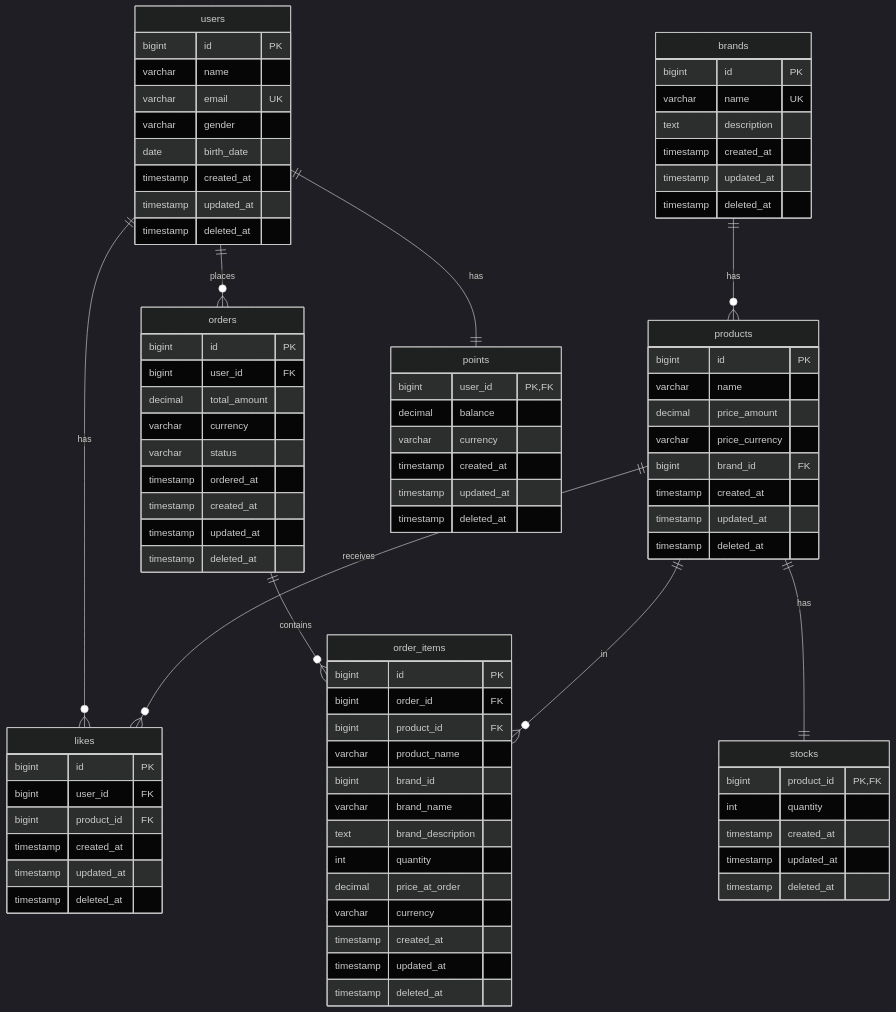
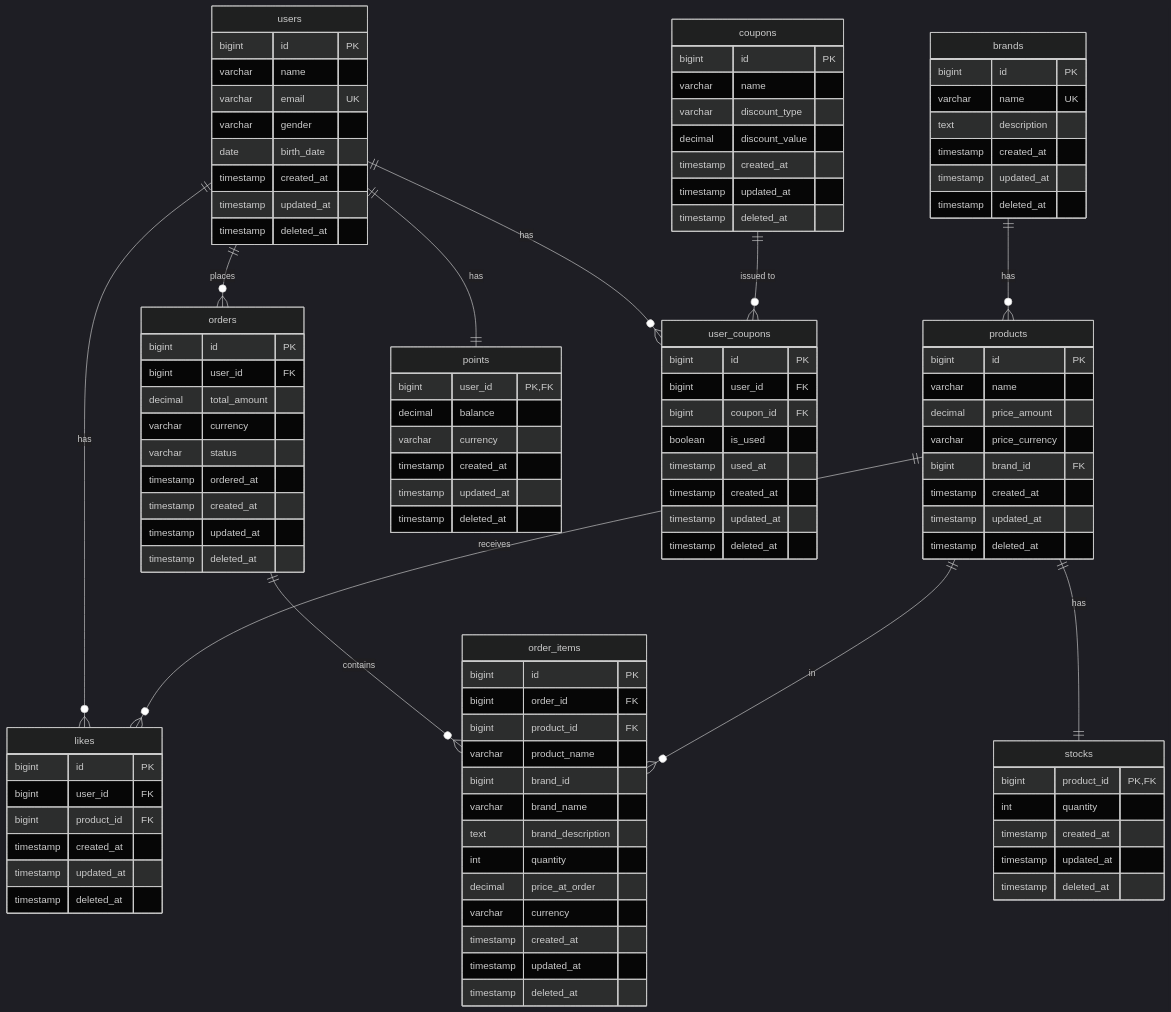
One commit to ghojeong/loopers-spring-kotlin-template changed the diagram in .docs/round2/4-erd.md. Above: the diagram before and after it, drawn with Mermaid (dark theme). The commit also changed other lines of this file and 4 other files, not shown here.

````diff
--- a/.docs/round2/4-erd.md
+++ b/.docs/round2/4-erd.md
@@ -114,6 +114,27 @@
         timestamp deleted_at
     }
 
+    coupons {
+        bigint id PK
+        varchar name
+        varchar discount_type
+        decimal discount_value
+        timestamp created_at
+        timestamp updated_at
+        timestamp deleted_at
+    }
+
+    user_coupons {
+        bigint id PK
+        bigint user_id FK
+        bigint coupon_id FK
+        boolean is_used
+        timestamp used_at
+        timestamp created_at
+        timestamp updated_at
+        timestamp deleted_at
+    }
+
     users ||--o{ likes : "has"
     products ||--o{ likes : "receives"
     brands ||--o{ products : "has"
@@ -122,4 +143,6 @@
     orders ||--o{ order_items : "contains"
     products ||--o{ order_items : "in"
     users ||--|| points : "has"
+    users ||--o{ user_coupons : "has"
+    coupons ||--o{ user_coupons : "issued to"
 ```
````
